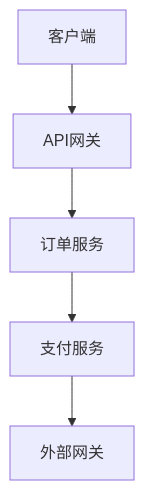
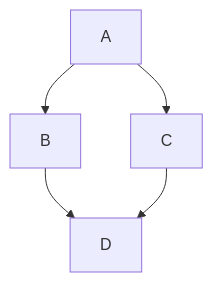
Before and after one commit to jinsihou19/MyCodeTour: the first of 2 diagrams in README_zh.md, drawn with Mermaid. The commit also changed 3 other files, not shown here.

Commit message:
feat: 图片的相对路径调整为.tours父目录的相对路径，与excalidraw一致

````diff
--- a/README_zh.md
+++ b/README_zh.md
@@ -101,7 +101,7 @@
 ```mermaid
-graph TD
-    A[客户端] --> B[API网关]
-    B --> C[订单服务]
-    C --> D[支付服务]
-    D --> E[外部网关]
+graph TD;
+    A-->B;
+    A-->C;
+    B-->D;
+    C-->D;
 ```
````
